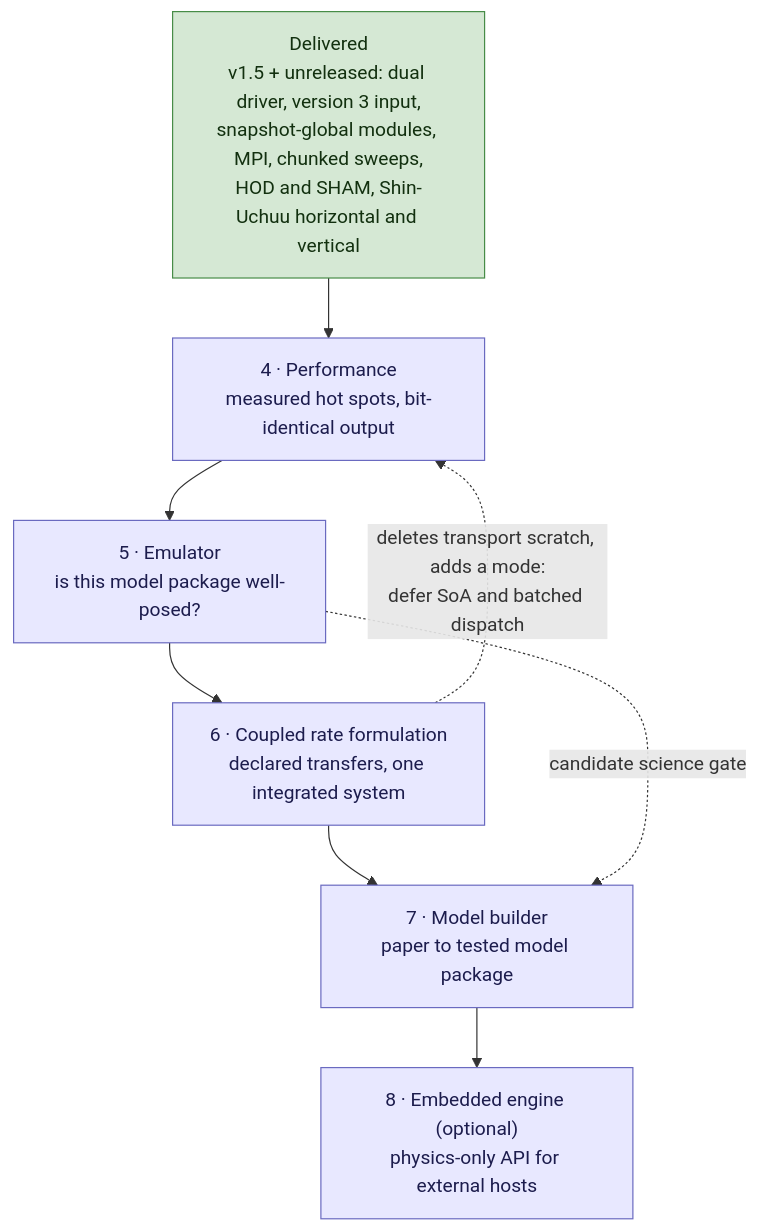
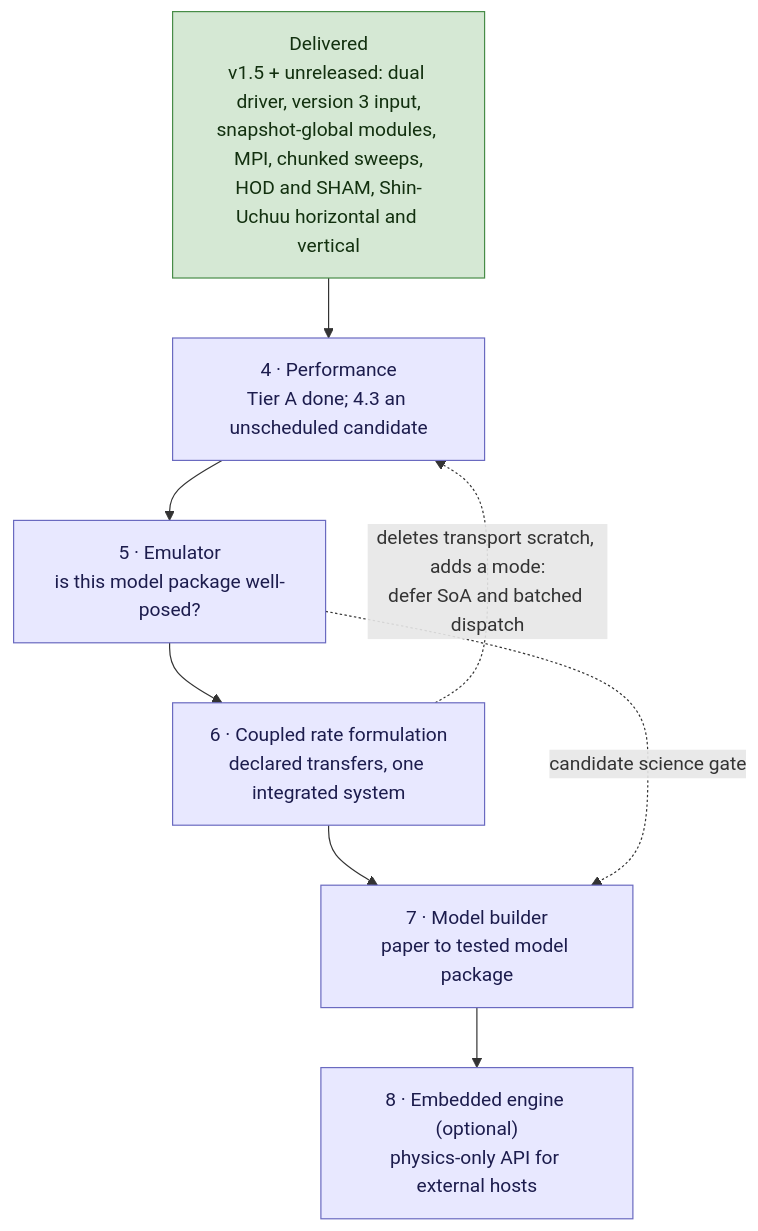
One commit to darrencroton/mimic changed the diagram in docs/dev/MIMIC-DEVELOPMENT-PATHWAY.md. Above: the diagram before and after it, drawn with Mermaid. The commit also changed other lines of this file and 6 other files, not shown here.

````diff
--- a/docs/dev/MIMIC-DEVELOPMENT-PATHWAY.md
+++ b/docs/dev/MIMIC-DEVELOPMENT-PATHWAY.md
@@ -22,18 +22,18 @@
 ```mermaid
 flowchart TD
     DONE["Delivered<br/>v1.5 + unreleased: dual driver, version 3 input,<br/>snapshot-global modules, MPI, chunked sweeps,<br/>HOD and SHAM, Shin-Uchuu horizontal and vertical"]
-    S4["4 · Performance<br/>measured hot spots, bit-identical output"]
+    S4["4 · Performance<br/>Tier A done; 4.3 an unscheduled candidate"]
     S5["5 · Emulator<br/>is this model package well-posed?"]
     S6["6 · Coupled rate formulation<br/>declared transfers, one integrated system"]
     S7["7 · Model builder<br/>paper to tested model package"]
     S8["8 · Embedded engine (optional)<br/>physics-only API for external hosts"]
 
     DONE --> S4 --> S5 --> S6 --> S7 --> S8
     S6 -.->|deletes transport scratch, adds a mode:<br/>defer SoA and batched dispatch| S4
     S5 -.->|candidate science gate| S7
 
     classDef done fill:#d5e8d4,stroke:#478c47,color:#12300f
     classDef step fill:#e8e8ff,stroke:#6a6ac0,color:#1c1c4d
     class DONE done
     class S4,S5,S6,S7,S8 step
 ```
````
